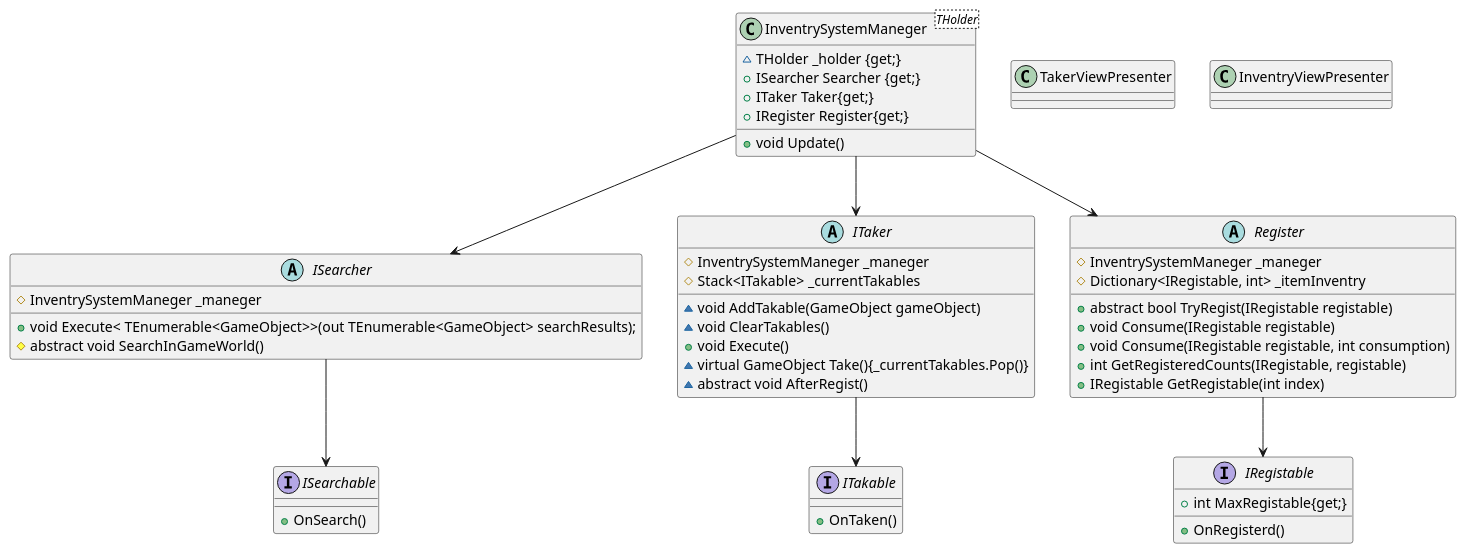
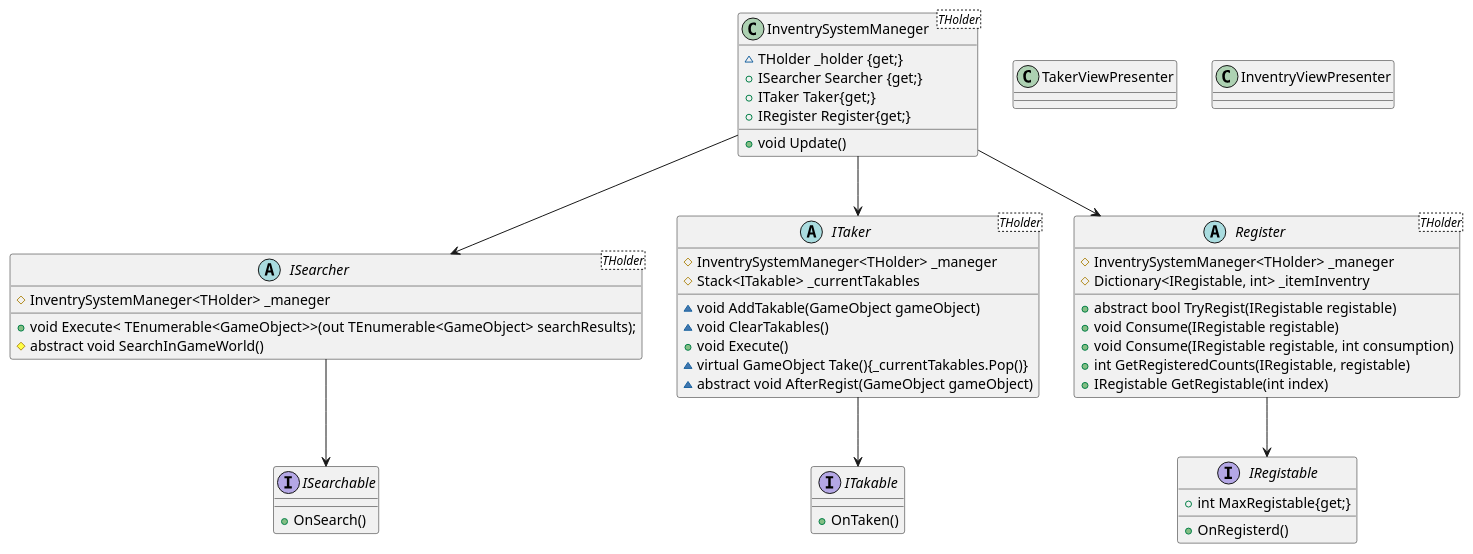
One commit to ThunderboltRiver/MyAssets changed the diagram in UMLs/InventrySystemUML/ItemSearchSytem.pu. Above: the diagram before and after it, drawn with PlantUML. The commit also changed 8 other files, not shown here.

```diff
--- a/UMLs/InventrySystemUML/ItemSearchSytem.pu
+++ b/UMLs/InventrySystemUML/ItemSearchSytem.pu
@@ -1,59 +1,59 @@
 @startuml InventrySystem
 
 class InventrySystemManeger<THolder>{
     ~ {field} THolder _holder {get;}
     + {field} ISearcher Searcher {get;}
     + {field} ITaker Taker{get;}
     + {field} IRegister Register{get;}
     + {method} void Update()
 }
 
 interface ISearchable{
     + {method} OnSearch()
 }
 
 interface ITakable{
     + {method} OnTaken()
 }
 
 interface IRegistable{
     + {field} int MaxRegistable{get;}
 
     + {method} OnRegisterd()
 }
 
-abstract class ISearcher{
-    # {field} InventrySystemManeger _maneger
+abstract class ISearcher<THolder>{
+    # {field} InventrySystemManeger<THolder> _maneger
     + {method} void Execute< TEnumerable<GameObject>>(out TEnumerable<GameObject> searchResults);
     # {method} abstract void SearchInGameWorld()
 }
 
-abstract class ITaker{
-    # {field} InventrySystemManeger _maneger
+abstract class ITaker<THolder>{
+    # {field} InventrySystemManeger<THolder> _maneger
     # {field} Stack<ITakable> _currentTakables
     ~ {method} void AddTakable(GameObject gameObject)
     ~ {method} void ClearTakables()
     + {method} void Execute()
     ~ {method} virtual GameObject Take(){_currentTakables.Pop()}
-    ~ {method} abstract void AfterRegist()
+    ~ {method} abstract void AfterRegist(GameObject gameObject)
 }
 
-abstract class Register{
-    # {field} InventrySystemManeger _maneger
+abstract class Register<THolder>{
+    # {field} InventrySystemManeger<THolder> _maneger
     # {field} Dictionary<IRegistable, int> _itemInventry
     + {method} abstract bool TryRegist(IRegistable registable)
     + {method} void Consume(IRegistable registable)
     + {method} void Consume(IRegistable registable, int consumption)
     + {method} int GetRegisteredCounts(IRegistable, registable)
     + {method} IRegistable GetRegistable(int index)
 }
 
 class TakerViewPresenter
 class InventryViewPresenter
 ITaker --> ITakable
 ISearcher --> ISearchable
 Register --> IRegistable
 InventrySystemManeger --> ISearcher
 InventrySystemManeger --> ITaker
 InventrySystemManeger --> Register
 @enduml
```
